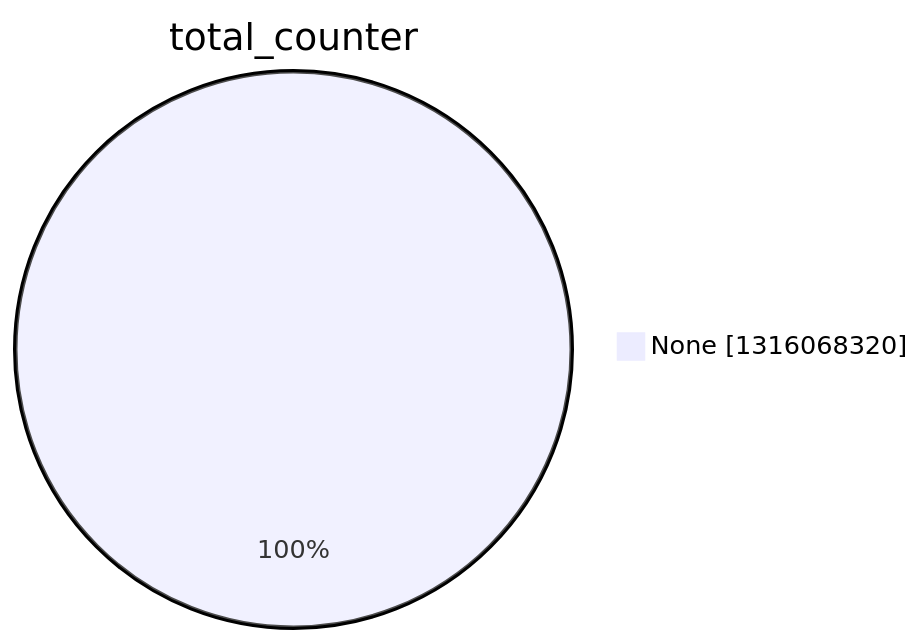
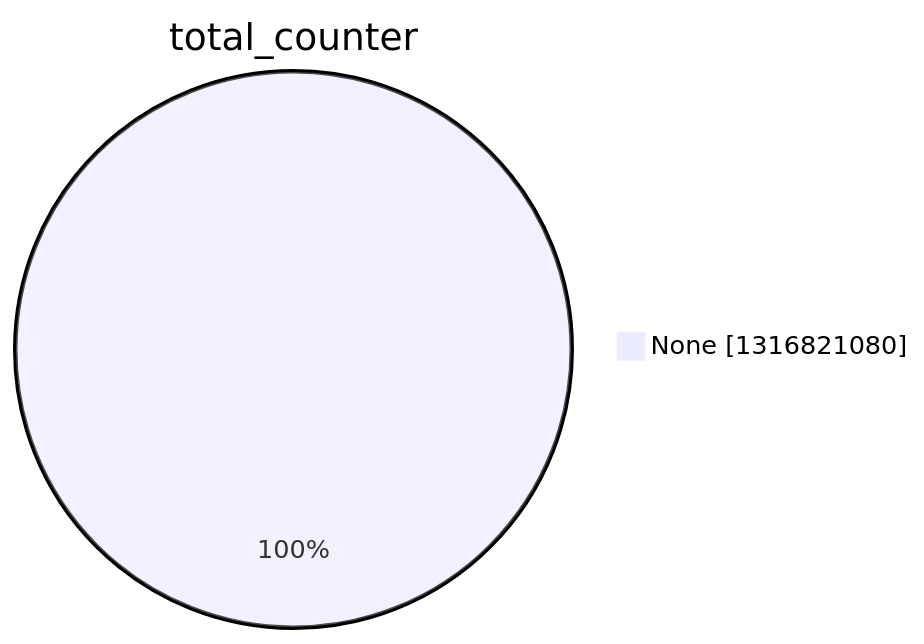
The second of 15 diagrams in argon2022/README.md (christiankrug/ctmonitor_visualization), drawn with Mermaid before and after one commit. The commit also changed other lines of this file, not shown here.

````diff
--- a/argon2022/README.md
+++ b/argon2022/README.md
@@ -9,5 +9,5 @@
 ```mermaid
 pie showData
 title total_counter
-"None" :1316068320
+"None" :1316821080
 ```
````
